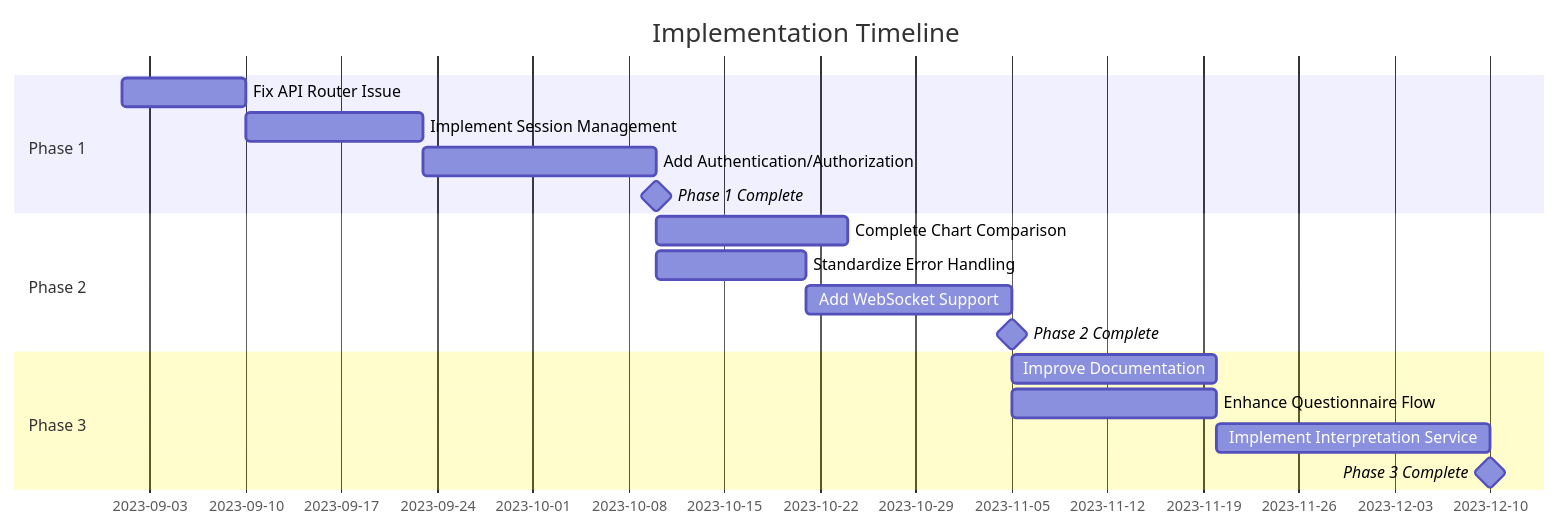
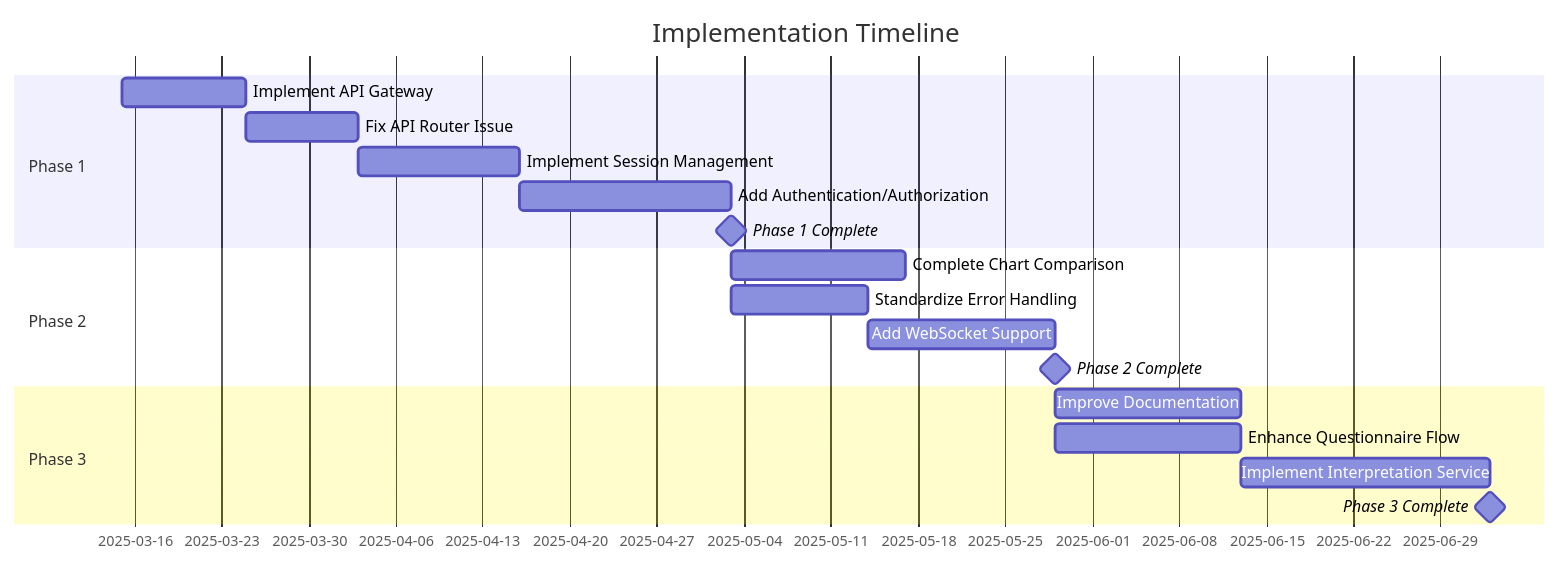
One commit to Victordtesla24/containerised-birth-time-rectifier changed the second of 2 diagrams in docs/implementation/api_implementation_guide.md. Above: the diagram before and after it, drawn with Mermaid. The commit also changed other lines of this file and 691 other files, not shown here.

Commit message:
Major Upate: Rebuilt the API Architecture into a unified & comprehensive API Gateway, rebuilt testing to use real data instead of mockups and fallbacks, currently in testing

````diff
--- a/docs/implementation/api_implementation_guide.md
+++ b/docs/implementation/api_implementation_guide.md
@@ -192,20 +375,21 @@
 ```mermaid
 gantt
     title Implementation Timeline
     dateFormat  YYYY-MM-DD
     section Phase 1
-    Fix API Router Issue           :phase1_1, 2023-09-01, 9d
+    Implement API Gateway         :api_gateway, 2025-03-15, 10d
+    Fix API Router Issue           :phase1_1, after api_gateway, 9d
     Implement Session Management   :phase1_2, after phase1_1, 13d
     Add Authentication/Authorization :phase1_3, after phase1_2, 17d
     Phase 1 Complete               :milestone, after phase1_3, 0d
     section Phase 2
     Complete Chart Comparison      :phase2_1, after phase1_3, 14d
     Standardize Error Handling     :phase2_2, after phase1_3, 11d
     Add WebSocket Support          :phase2_3, after phase2_2, 15d
     Phase 2 Complete               :milestone, after phase2_1 phase2_3, 0d
     section Phase 3
     Improve Documentation          :phase3_1, after phase2_1 phase2_3, 15d
     Enhance Questionnaire Flow     :phase3_2, after phase2_1 phase2_3, 15d
     Implement Interpretation Service :phase3_3, after phase3_2, 20d
     Phase 3 Complete               :milestone, after phase3_1 phase3_3, 0d
 ```
````
